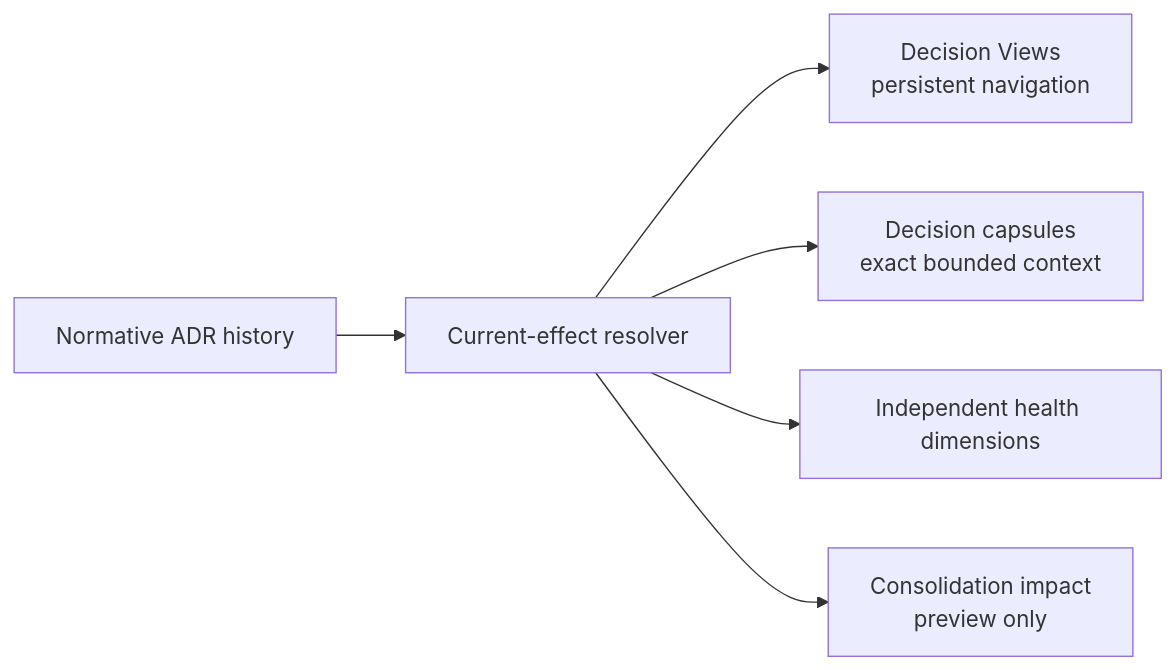
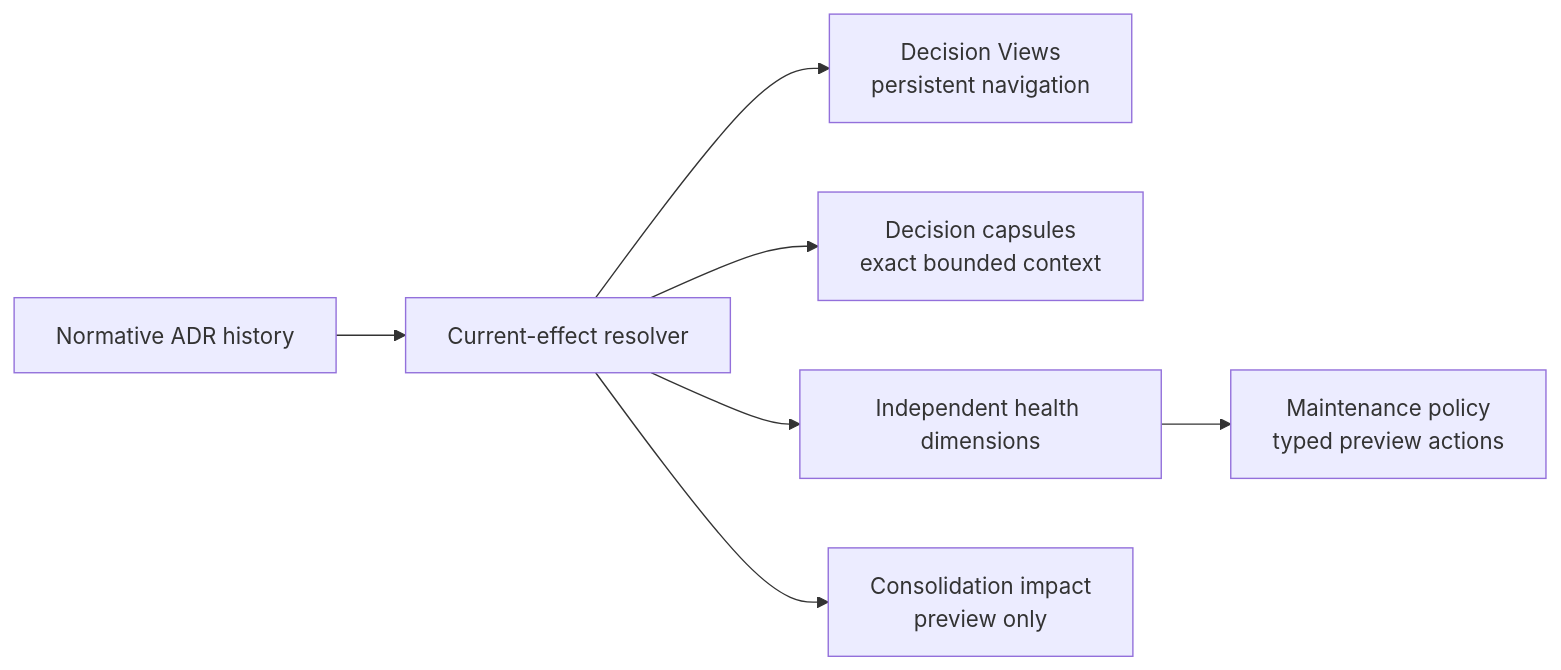
The fifth of 8 diagrams in README.md (XiaoWeiKIN/RepoFoundryAI), drawn with Mermaid before and after one commit. The commit also changed other lines of this file and 26 other files, not shown here.

````diff
--- a/README.md
+++ b/README.md
@@ -293,8 +293,9 @@
 ```mermaid
 flowchart LR
     A["Normative ADR history"] --> R["Current-effect resolver"]
     R --> V["Decision Views<br/>persistent navigation"]
     R --> C["Decision capsules<br/>exact bounded context"]
     R --> H["Independent health dimensions"]
+    H --> M["Maintenance policy<br/>typed preview actions"]
     R --> P["Consolidation impact<br/>preview only"]
 ```
````
